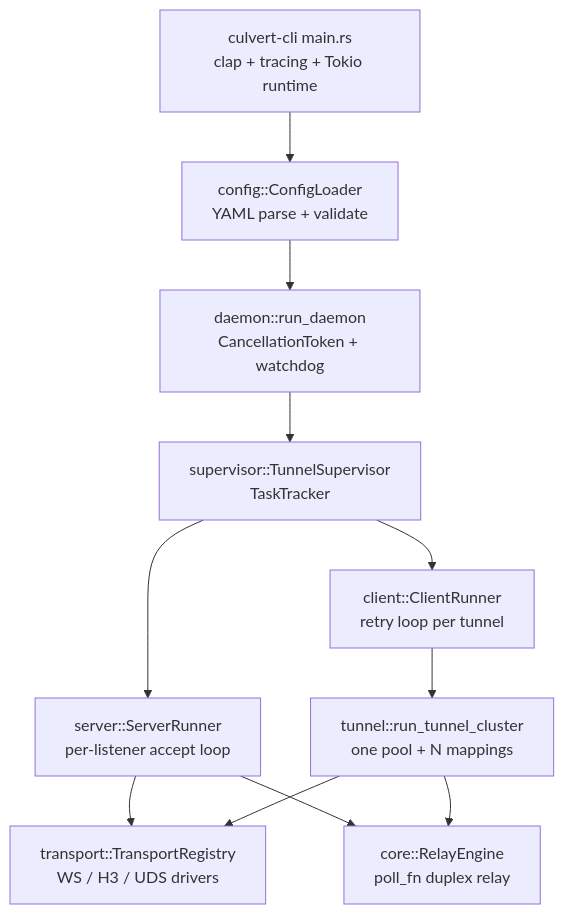
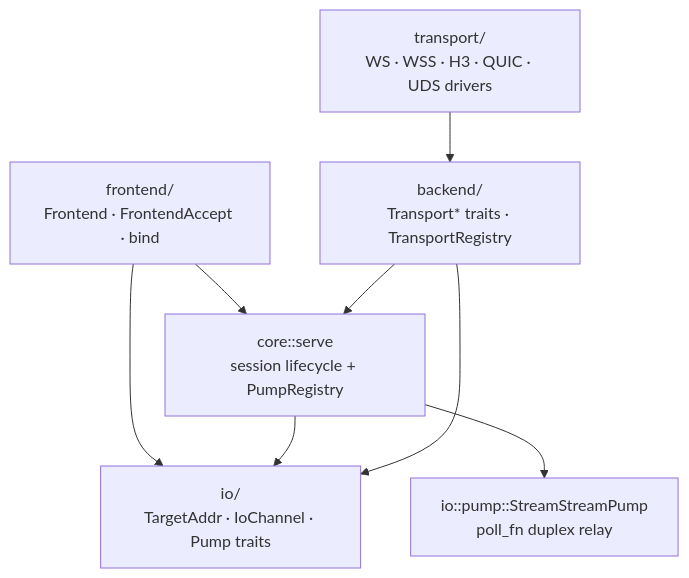
One commit to spritetong/culvert changed the diagram in docs/DESIGN.md. Above: the diagram before and after it, drawn with Mermaid. The commit also changed other lines of this file and 42 other files, not shown here.

````diff
--- a/docs/DESIGN.md
+++ b/docs/DESIGN.md
@@ -36,20 +52,17 @@
 ```mermaid
 flowchart TB
-    CLI["culvert-cli main.rs<br/>clap + tracing + Tokio runtime"]
-    LOAD["config::ConfigLoader<br/>YAML parse + validate"]
-    DAEMON["daemon::run_daemon<br/>CancellationToken + watchdog"]
-    SUP["supervisor::TunnelSupervisor<br/>TaskTracker"]
-    SRV["server::ServerRunner<br/>per-listener accept loop"]
-    CLT["client::ClientRunner<br/>retry loop per tunnel"]
-    CLUSTER["tunnel::run_tunnel_cluster<br/>one pool + N mappings"]
-    REG["transport::TransportRegistry<br/>WS / H3 / UDS drivers"]
-    RELAY["core::RelayEngine<br/>poll_fn duplex relay"]
+    IO["io/<br/>TargetAddr · IoChannel · Pump traits"]
+    FE["frontend/<br/>Frontend · FrontendAccept · bind"]
+    CORE["core::serve<br/>session lifecycle + PumpRegistry"]
+    BE["backend/<br/>Transport* traits · TransportRegistry"]
+    DRV["transport/<br/>WS · WSS · H3 · QUIC · UDS drivers"]
+    PUMP["io::pump::StreamStreamPump<br/>poll_fn duplex relay"]
 
-    CLI --> LOAD --> DAEMON --> SUP
-    SUP --> SRV
-    SUP --> CLT --> CLUSTER
-    SRV --> REG
-    CLUSTER --> REG
-    SRV --> RELAY
-    CLUSTER --> RELAY
+    FE --> IO
+    CORE --> IO
+    BE --> IO
+    DRV --> BE
+    FE --> CORE
+    BE --> CORE
+    CORE --> PUMP
 ```
````
